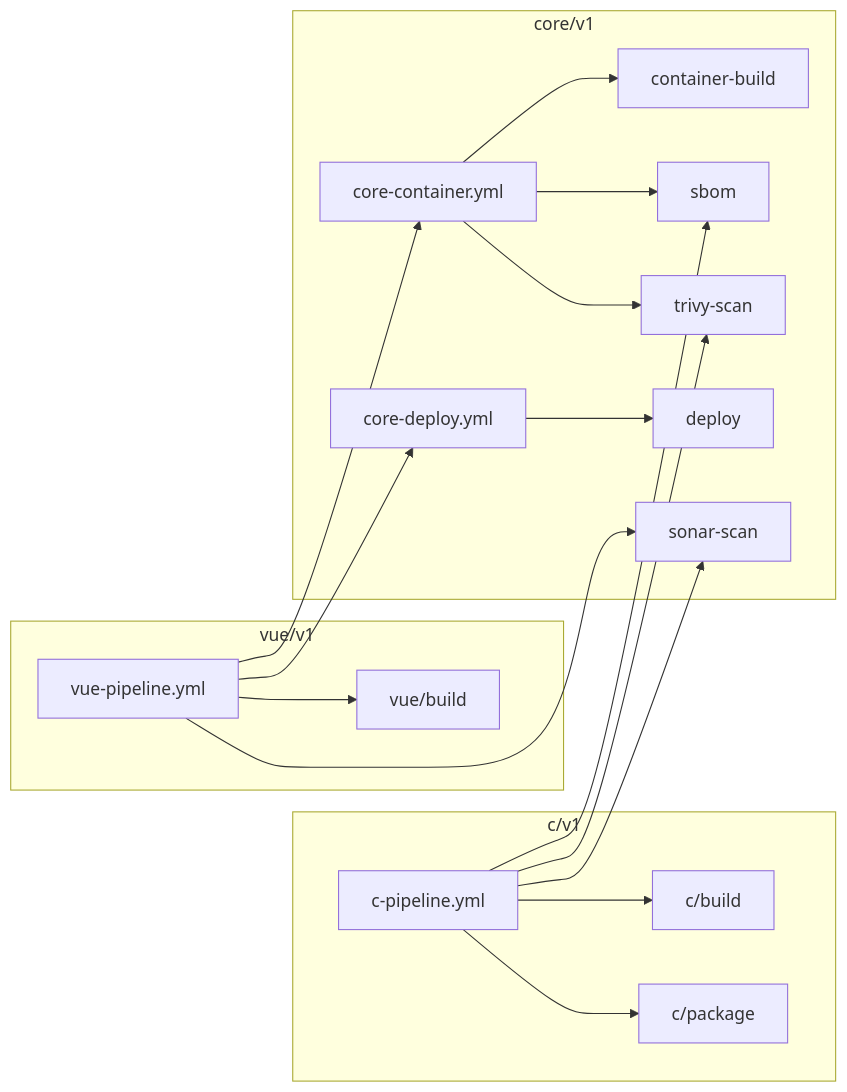
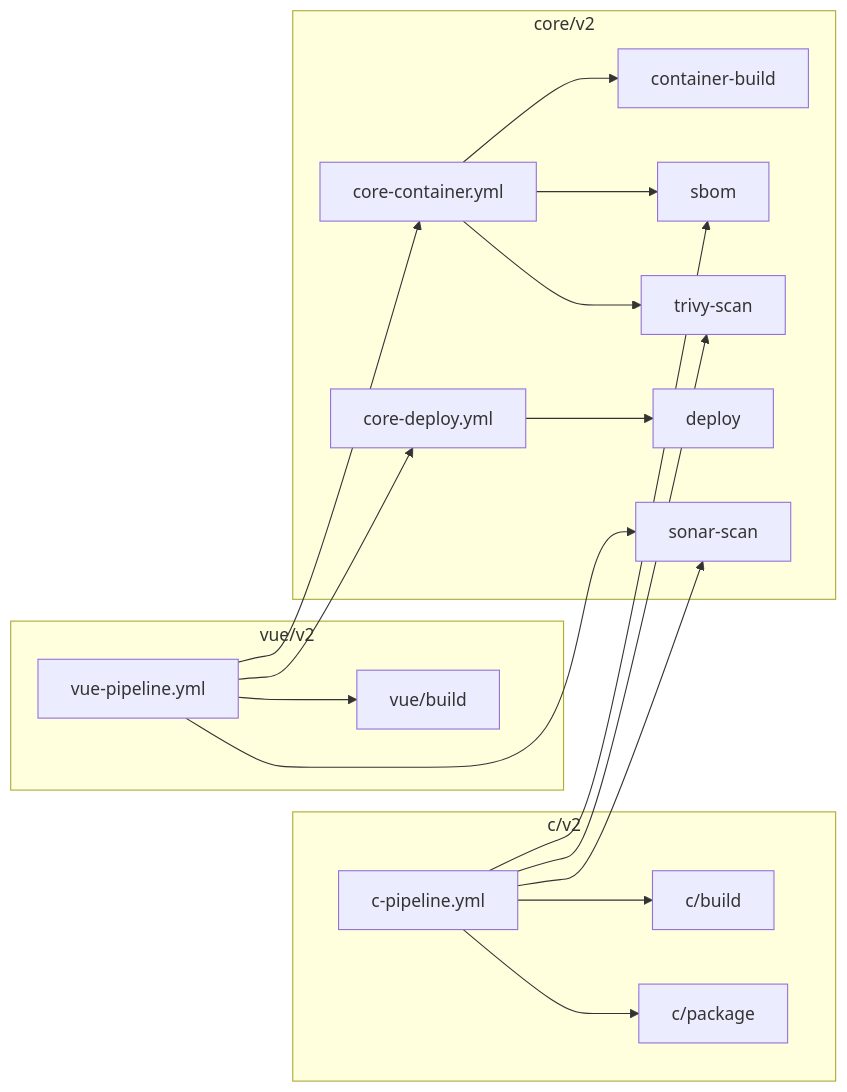
Before and after one commit to HamiltonHills/pipeline-actions: the diagram in docs/index.md, drawn with Mermaid. The commit also changed other lines of this file and 33 other files, not shown here.

````diff
--- a/docs/index.md
+++ b/docs/index.md
@@ -53,23 +53,23 @@
 ```mermaid
 flowchart LR
-  subgraph vue["vue/v1"]
+  subgraph vue["vue/v2"]
     VP[vue-pipeline.yml] --> VB[vue/build]
   end
-  subgraph c["c/v1"]
+  subgraph c["c/v2"]
     CP[c-pipeline.yml] --> CB[c/build]
     CP --> CPK[c/package]
   end
-  subgraph core["core/v1"]
+  subgraph core["core/v2"]
     CC[core-container.yml] --> CBU[container-build]
     CC --> SB[sbom]
     CC --> TS[trivy-scan]
     CD[core-deploy.yml] --> D[deploy]
     SS[sonar-scan]
   end
   VP --> CC
   VP --> CD
   VP --> SS
   CP --> SS
   CP --> SB
   CP --> TS
 ```
````
